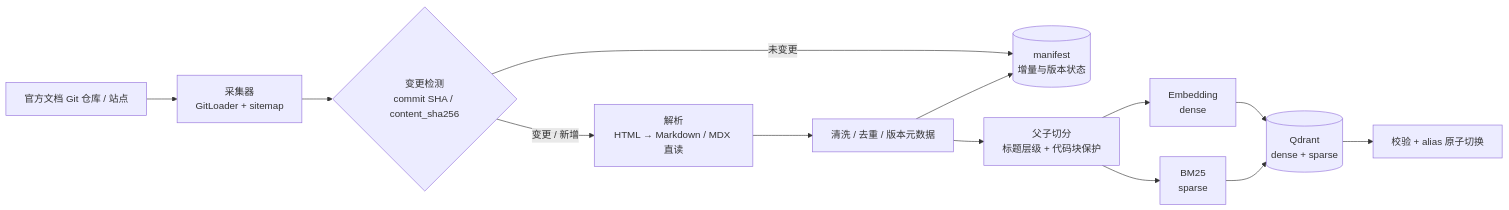
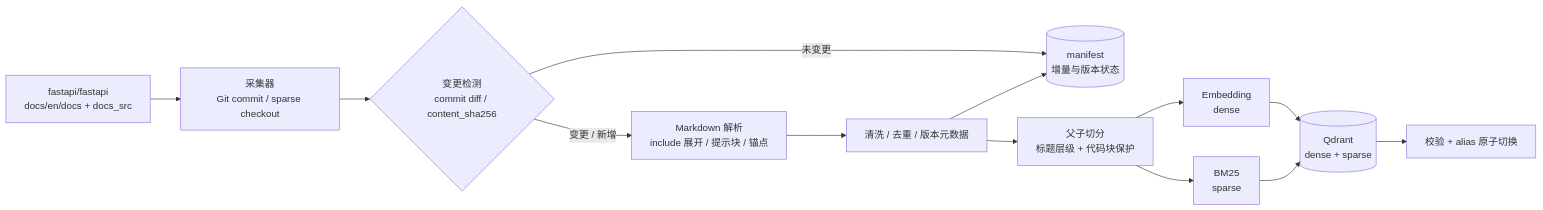
The first of 3 diagrams in docs/PROJECT_DESIGN.md (u7465990/fastapi-docs-rag), drawn with Mermaid before and after one commit. The commit also changed other lines of this file and 3 other files, not shown here.

````diff
--- a/docs/PROJECT_DESIGN.md
+++ b/docs/PROJECT_DESIGN.md
@@ -145,15 +140,15 @@
 ```mermaid
 flowchart LR
-    A[官方文档 Git 仓库 / 站点] --> B[采集器<br/>GitLoader + sitemap]
-    B --> C{变更检测<br/>commit SHA / content_sha256}
-    C -->|变更 / 新增| D[解析<br/>HTML → Markdown / MDX 直读]
+    A[fastapi/fastapi<br/>docs/en/docs + docs_src] --> B[采集器<br/>Git commit / sparse checkout]
+    B --> C{变更检测<br/>commit diff / content_sha256}
+    C -->|变更 / 新增| D[Markdown 解析<br/>include 展开 / 提示块 / 锚点]
     C -->|未变更| M[(manifest<br/>增量与版本状态)]
     D --> E[清洗 / 去重 / 版本元数据]
     E --> F[父子切分<br/>标题层级 + 代码块保护]
     F --> G[Embedding<br/>dense]
     F --> H[BM25<br/>sparse]
     G --> I[(Qdrant<br/>dense + sparse)]
     H --> I
     E --> M
     I --> J[校验 + alias 原子切换]
 ```
````
